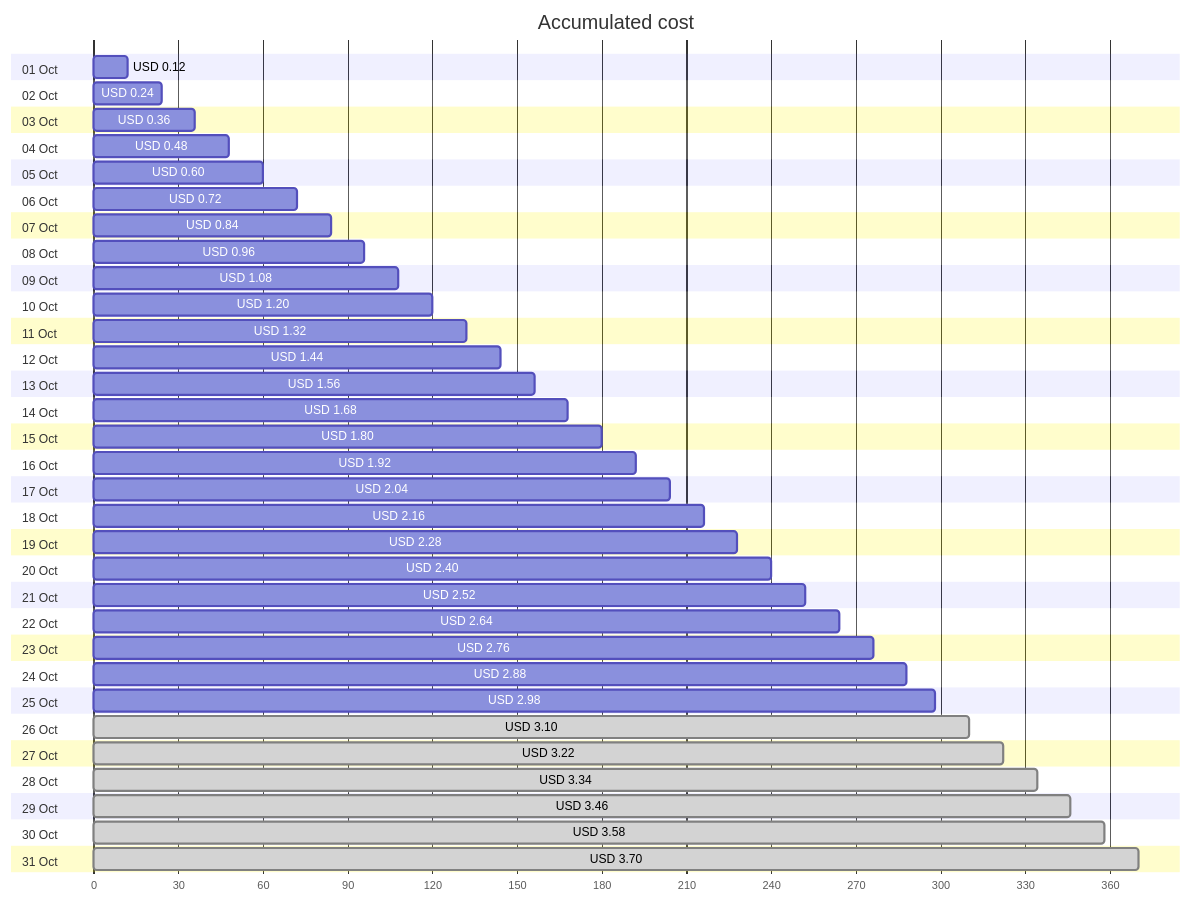
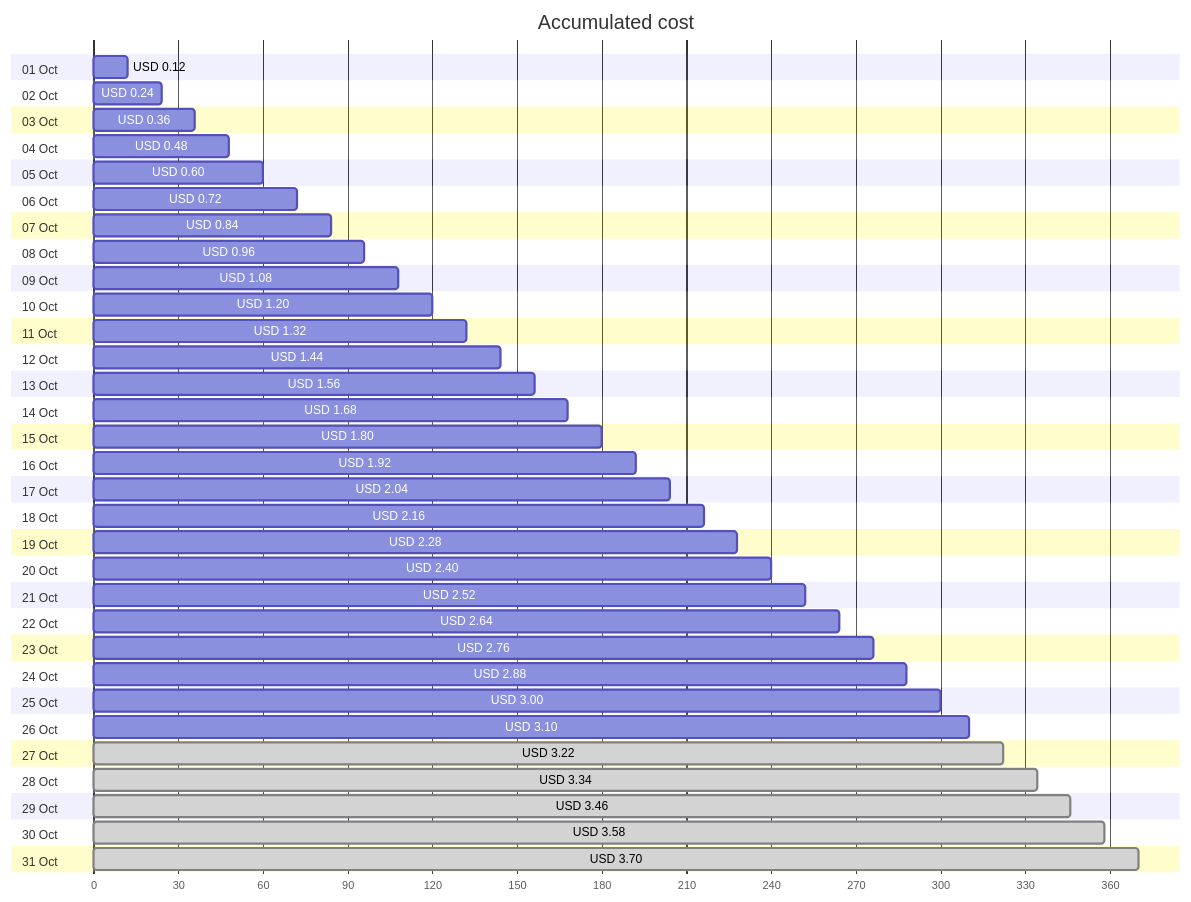
Before and after one commit to jpfulton/azure-personal-reports: the first of 4 diagrams in cost-reports/personal-network/backup-server-public-ip.md, drawn with Mermaid. The commit also changed other lines of this file and 7 other files, not shown here.

````diff
--- a/cost-reports/personal-network/backup-server-public-ip.md
+++ b/cost-reports/personal-network/backup-server-public-ip.md
@@ -20,68 +20,68 @@
 ```mermaid
 gantt
    title Accumulated cost
    dateFormat  X
    axisFormat %s
    section 01 Oct
    USD 0.12 :0, 12
    section 02 Oct
    USD 0.24 :0, 24
    section 03 Oct
    USD 0.36 :0, 36
    section 04 Oct
    USD 0.48 :0, 48
    section 05 Oct
    USD 0.60 :0, 60
    section 06 Oct
    USD 0.72 :0, 72
    section 07 Oct
    USD 0.84 :0, 84
    section 08 Oct
    USD 0.96 :0, 96
    section 09 Oct
    USD 1.08 :0, 108
    section 10 Oct
    USD 1.20 :0, 120
    section 11 Oct
    USD 1.32 :0, 132
    section 12 Oct
    USD 1.44 :0, 144
    section 13 Oct
    USD 1.56 :0, 156
    section 14 Oct
    USD 1.68 :0, 168
    section 15 Oct
    USD 1.80 :0, 180
    section 16 Oct
    USD 1.92 :0, 192
    section 17 Oct
    USD 2.04 :0, 204
    section 18 Oct
    USD 2.16 :0, 216
    section 19 Oct
    USD 2.28 :0, 228
    section 20 Oct
    USD 2.40 :0, 240
    section 21 Oct
    USD 2.52 :0, 252
    section 22 Oct
    USD 2.64 :0, 264
    section 23 Oct
    USD 2.76 :0, 276
    section 24 Oct
    USD 2.88 :0, 288
    section 25 Oct
-   USD 2.98 :0, 298
+   USD 3.00 :0, 300
    section 26 Oct
-   USD 3.10 : done, 0, 310
+   USD 3.10 :0, 310
    section 27 Oct
    USD 3.22 : done, 0, 322
    section 28 Oct
    USD 3.34 : done, 0, 334
    section 29 Oct
    USD 3.46 : done, 0, 346
    section 30 Oct
    USD 3.58 : done, 0, 358
    section 31 Oct
    USD 3.70 : done, 0, 370
 ```
````
